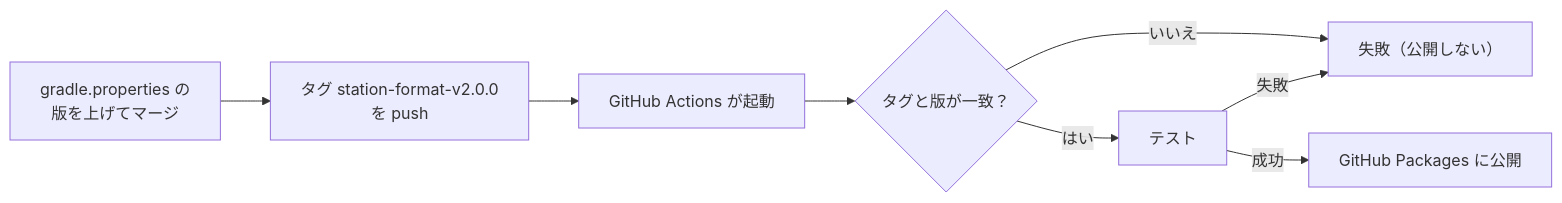
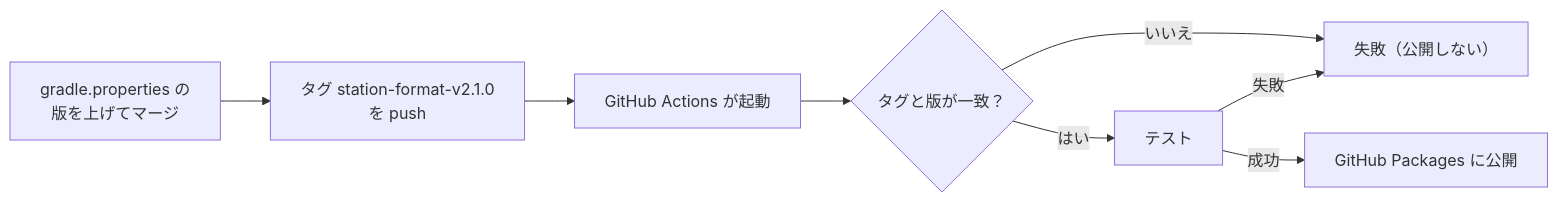
Before and after one commit to duwenji/yorisoi-tutorial: the diagram in 05-station-format/03-publish.md, drawn with Mermaid. The commit also changed other lines of this file and 62 other files, not shown here.

````diff
--- a/05-station-format/03-publish.md
+++ b/05-station-format/03-publish.md
@@ -178,10 +179,10 @@
 ```mermaid
 flowchart LR
-    A["gradle.properties の<br/>版を上げてマージ"] --> B["タグ station-format-v2.0.0<br/>を push"]
+    A["gradle.properties の<br/>版を上げてマージ"] --> B["タグ station-format-v2.1.0<br/>を push"]
     B --> C["GitHub Actions が起動"]
     C --> D{"タグと版が一致？"}
     D -->|いいえ| X["失敗（公開しない）"]
     D -->|はい| E["テスト"]
     E -->|失敗| X
     E -->|成功| F["GitHub Packages に公開"]
 ```
````
